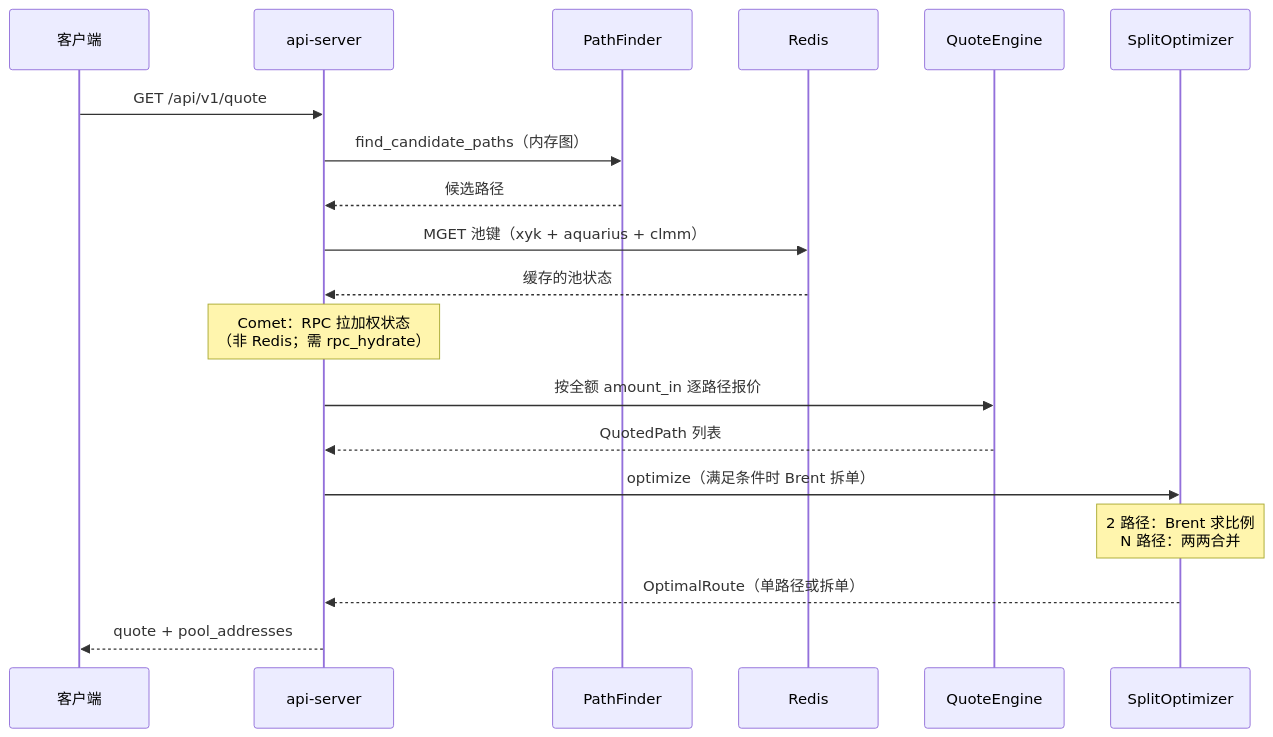
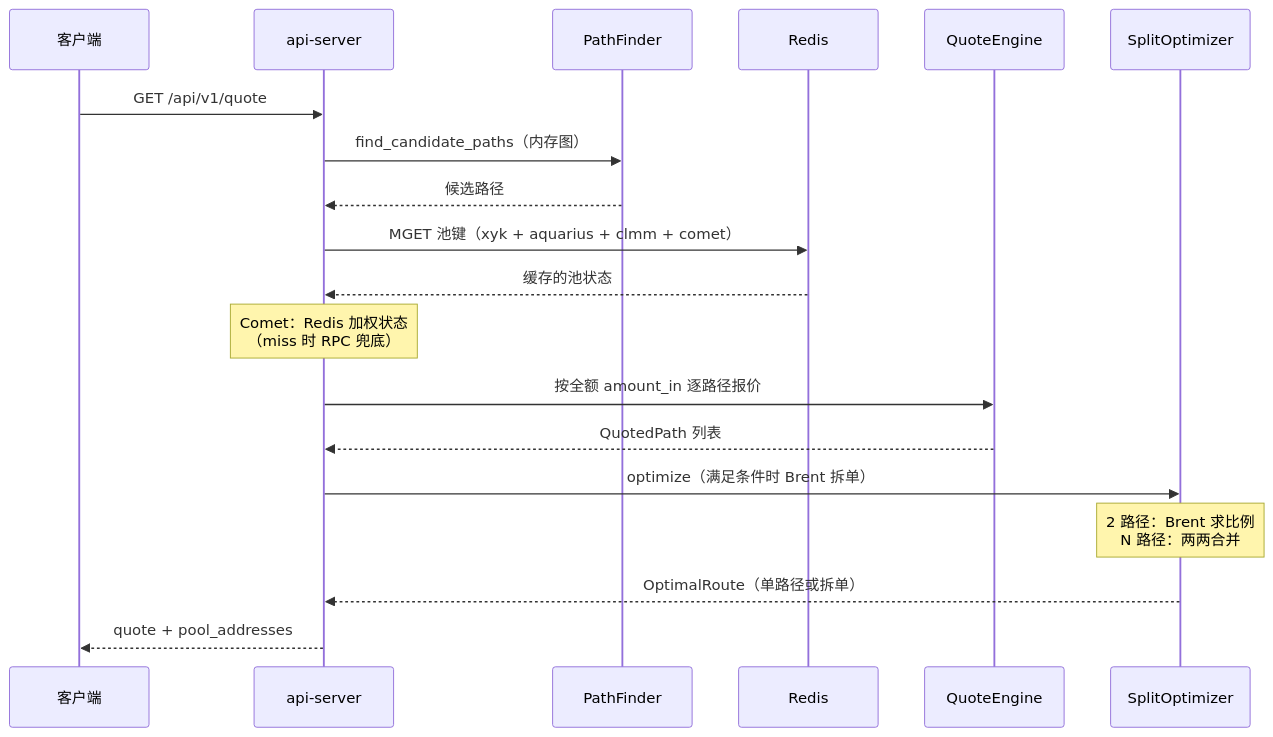
One commit to Lum-Agg/stellar-dex-agg changed the third of 3 diagrams in README.zh-CN.md. Above: the diagram before and after it, drawn with Mermaid. The commit also changed other lines of this file and 11 other files, not shown here.

````diff
--- a/README.zh-CN.md
+++ b/README.zh-CN.md
@@ -124,22 +125,22 @@
 ```mermaid
 sequenceDiagram
   participant C as 客户端
   participant API as api-server
   participant PF as PathFinder
   participant R as Redis
   participant QE as QuoteEngine
   participant SO as SplitOptimizer
 
   C->>API: GET /api/v1/quote
   API->>PF: find_candidate_paths（内存图）
   PF-->>API: 候选路径
-  API->>R: MGET 池键（xyk + aquarius + clmm）
+  API->>R: MGET 池键（xyk + aquarius + clmm + comet）
   R-->>API: 缓存的池状态
-  Note over API: Comet：RPC 拉加权状态<br/>（非 Redis；需 rpc_hydrate）
+  Note over API: Comet：Redis 加权状态<br/>（miss 时 RPC 兜底）
   API->>QE: 按全额 amount_in 逐路径报价
   QE-->>API: QuotedPath 列表
   API->>SO: optimize（满足条件时 Brent 拆单）
   Note over SO: 2 路径：Brent 求比例<br/>N 路径：两两合并
   SO-->>API: OptimalRoute（单路径或拆单）
   API-->>C: quote + pool_addresses
 ```
````
